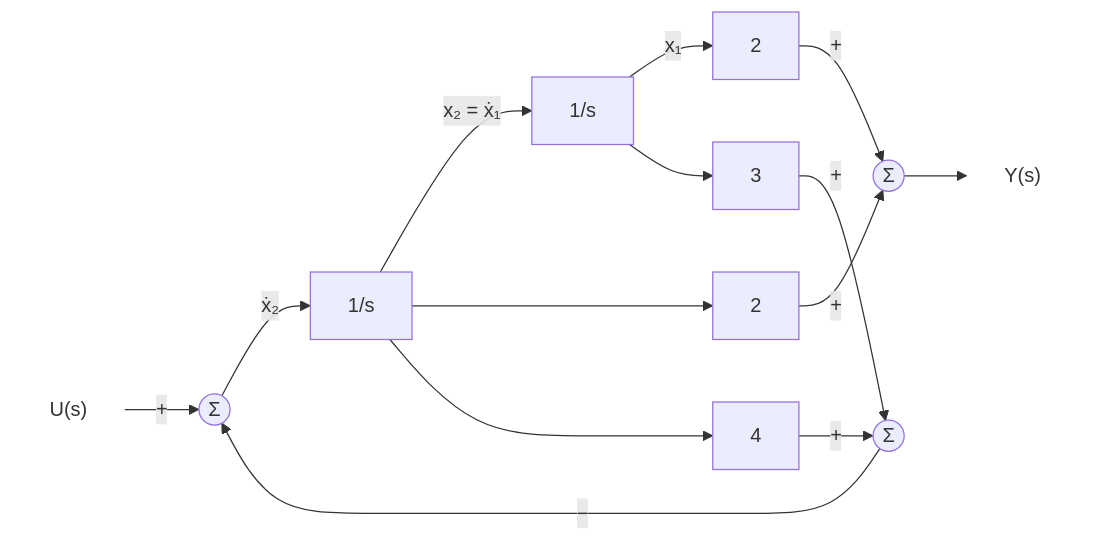
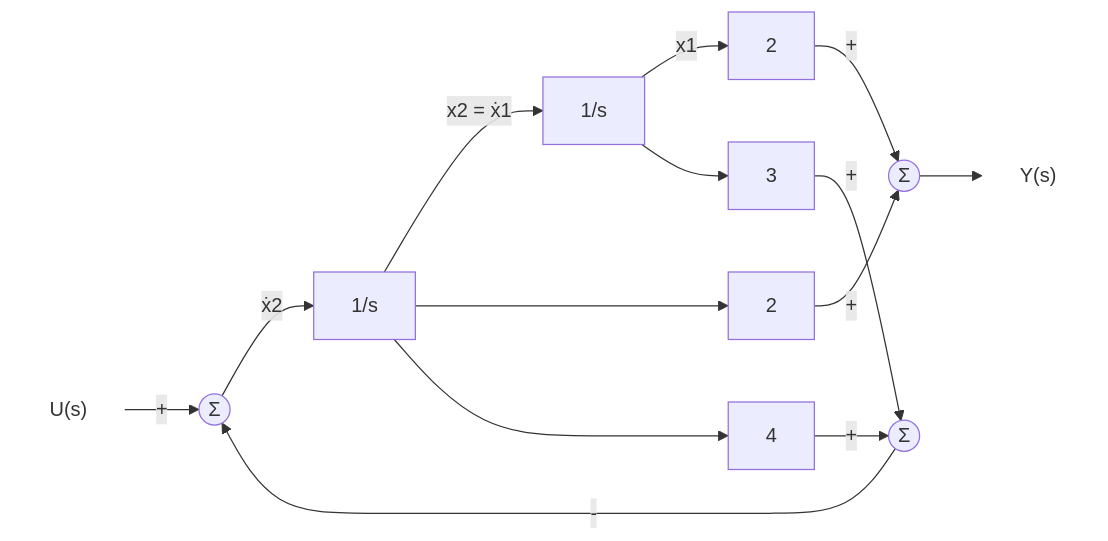
Diagram 12 of 14 in Lecture-Notes/Week06_Control-System-Modeling-III/Concepts_Lecture.ko.md (Choroning/25Fall_Neural-Network-Control-Systems), drawn with Mermaid before and after one commit. The commit also changed other lines of this file and 25 other files, not shown here.

````diff
--- a/Lecture-Notes/Week06_Control-System-Modeling-III/Concepts_Lecture.ko.md
+++ b/Lecture-Notes/Week06_Control-System-Modeling-III/Concepts_Lecture.ko.md
@@ -454,18 +454,18 @@
 ```mermaid
 flowchart LR
-  U["U(s)"] -->|"+"| S1(("Σ"))
-  S1 -->|"ẋ₂"| I2["1/s"]
-  I2 -->|"x₂ = ẋ₁"| I1["1/s"]
-  I1 -->|"x₁"| K2a["2"]
+  U["U(s)"] -->|"#43;"| S1(("Σ"))
+  S1 -->|"ẋ2"| I2["1/s"]
+  I2 -->|"x2 = ẋ1"| I1["1/s"]
+  I1 -->|"x1"| K2a["2"]
   I2 --> K2b["2"]
   I2 --> K4["4"]
   I1 --> K3["3"]
-  K4 -->|"+"| S2(("Σ"))
-  K3 -->|"+"| S2
-  S2 -->|"−"| S1
-  K2a -->|"+"| S3(("Σ"))
-  K2b -->|"+"| S3
+  K4 -->|"#43;"| S2(("Σ"))
+  K3 -->|"#43;"| S2
+  S2 -->|"#45;"| S1
+  K2a -->|"#43;"| S3(("Σ"))
+  K2b -->|"#43;"| S3
   S3 --> Y["Y(s)"]
   classDef sig fill:none,stroke:none;
   class U,Y sig;
 ```
````
